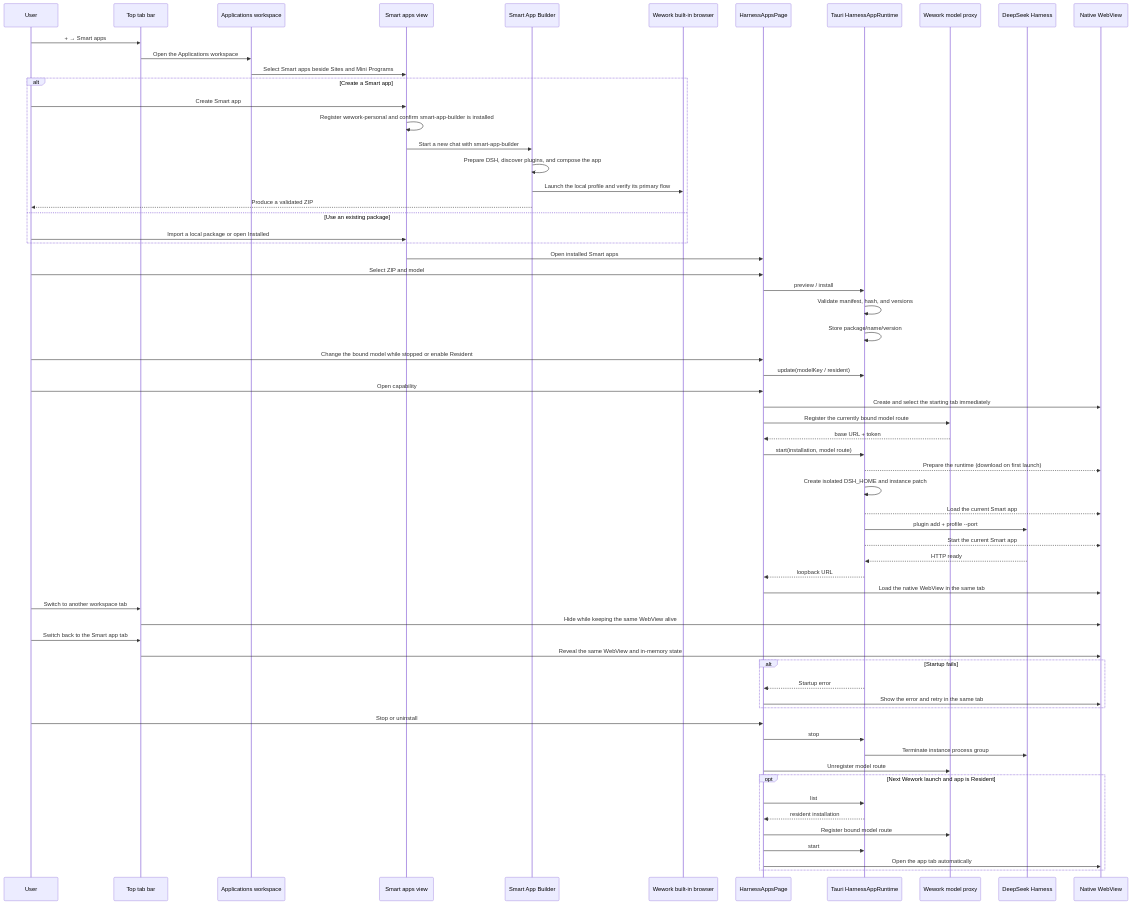
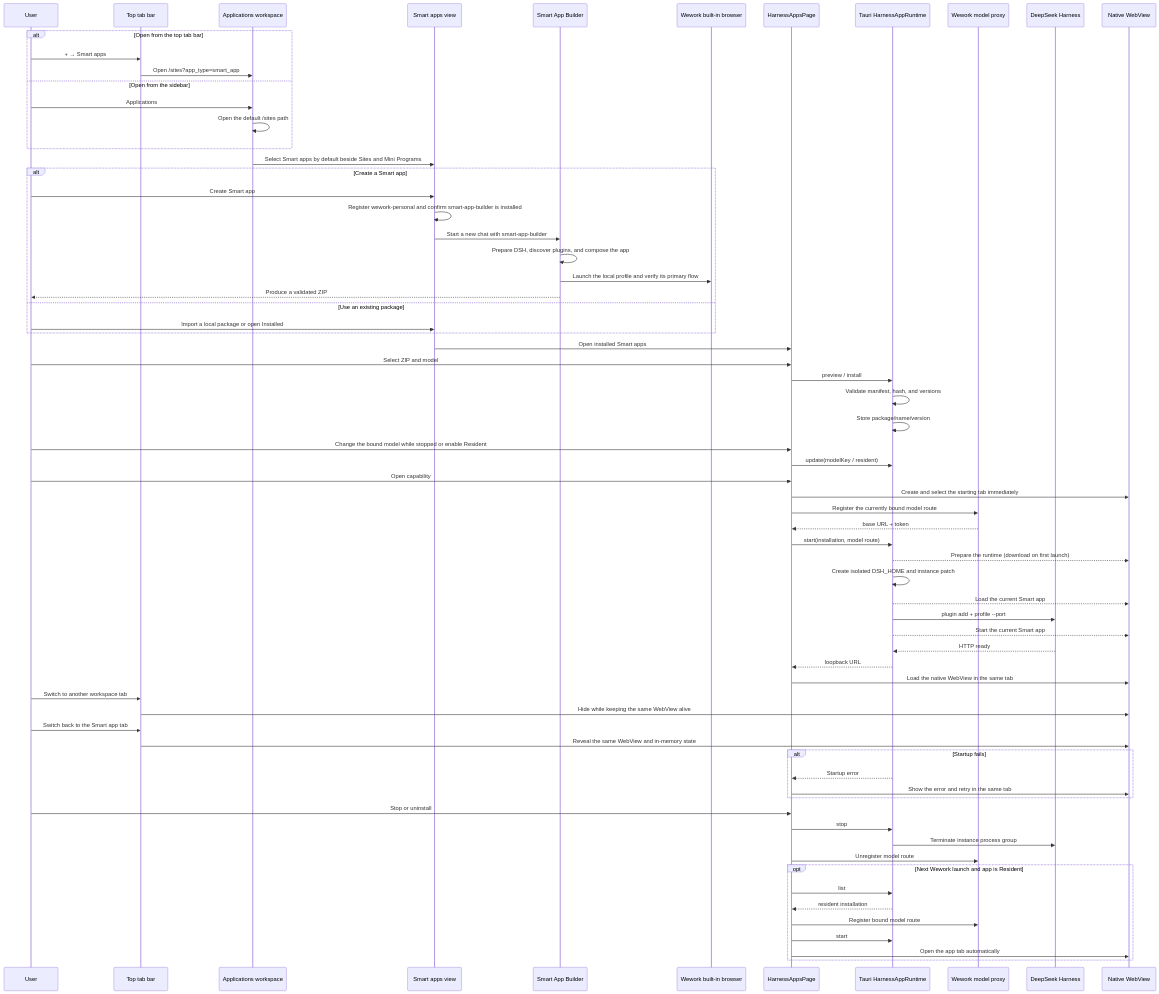
The second of 2 diagrams in docs/architecture/deepseek-harness-apps.md (wecode-ai/wegent-docs), drawn with Mermaid before and after one commit. The commit also changed other lines of this file and 1 other file, not shown here.

Commit message:
Sync documentation from main Wegent repository

````diff
--- a/docs/architecture/deepseek-harness-apps.md
+++ b/docs/architecture/deepseek-harness-apps.md
@@ -57,68 +59,73 @@
 ```mermaid
 sequenceDiagram
     participant U as User
     participant C as Top tab bar
     participant A as Applications workspace
     participant M as Smart apps view
     participant B as Smart App Builder
     participant WB as Wework built-in browser
     participant UI as HarnessAppsPage
     participant T as Tauri HarnessAppRuntime
     participant P as Wework model proxy
     participant D as DeepSeek Harness
     participant W as Native WebView
 
-    U->>C: + → Smart apps
-    C->>A: Open the Applications workspace
-    A->>M: Select Smart apps beside Sites and Mini Programs
+    alt Open from the top tab bar
+        U->>C: + → Smart apps
+        C->>A: Open /sites?app_type=smart_app
+    else Open from the sidebar
+        U->>A: Applications
+        A->>A: Open the default /sites path
+    end
+    A->>M: Select Smart apps by default beside Sites and Mini Programs
     alt Create a Smart app
         U->>M: Create Smart app
         M->>M: Register wework-personal and confirm smart-app-builder is installed
         M->>B: Start a new chat with smart-app-builder
         B->>B: Prepare DSH, discover plugins, and compose the app
         B->>WB: Launch the local profile and verify its primary flow
         B-->>U: Produce a validated ZIP
     else Use an existing package
         U->>M: Import a local package or open Installed
     end
     M->>UI: Open installed Smart apps
     U->>UI: Select ZIP and model
     UI->>T: preview / install
     T->>T: Validate manifest, hash, and versions
     T->>T: Store package/name/version
     U->>UI: Change the bound model while stopped or enable Resident
     UI->>T: update(modelKey / resident)
     U->>UI: Open capability
     UI->>W: Create and select the starting tab immediately
     UI->>P: Register the currently bound model route
     P-->>UI: base URL + token
     UI->>T: start(installation, model route)
     T-->>W: Prepare the runtime (download on first launch)
     T->>T: Create isolated DSH_HOME and instance patch
     T-->>W: Load the current Smart app
     T->>D: plugin add + profile --port
     T-->>W: Start the current Smart app
     D-->>T: HTTP ready
     T-->>UI: loopback URL
     UI->>W: Load the native WebView in the same tab
     U->>C: Switch to another workspace tab
     C->>W: Hide while keeping the same WebView alive
     U->>C: Switch back to the Smart app tab
     C->>W: Reveal the same WebView and in-memory state
     alt Startup fails
         T-->>UI: Startup error
         UI->>W: Show the error and retry in the same tab
     end
     U->>UI: Stop or uninstall
     UI->>T: stop
     T->>D: Terminate instance process group
     UI->>P: Unregister model route
 
     opt Next Wework launch and app is Resident
         UI->>T: list
         T-->>UI: resident installation
         UI->>P: Register bound model route
         UI->>T: start
         UI->>W: Open the app tab automatically
     end
 ```
````
